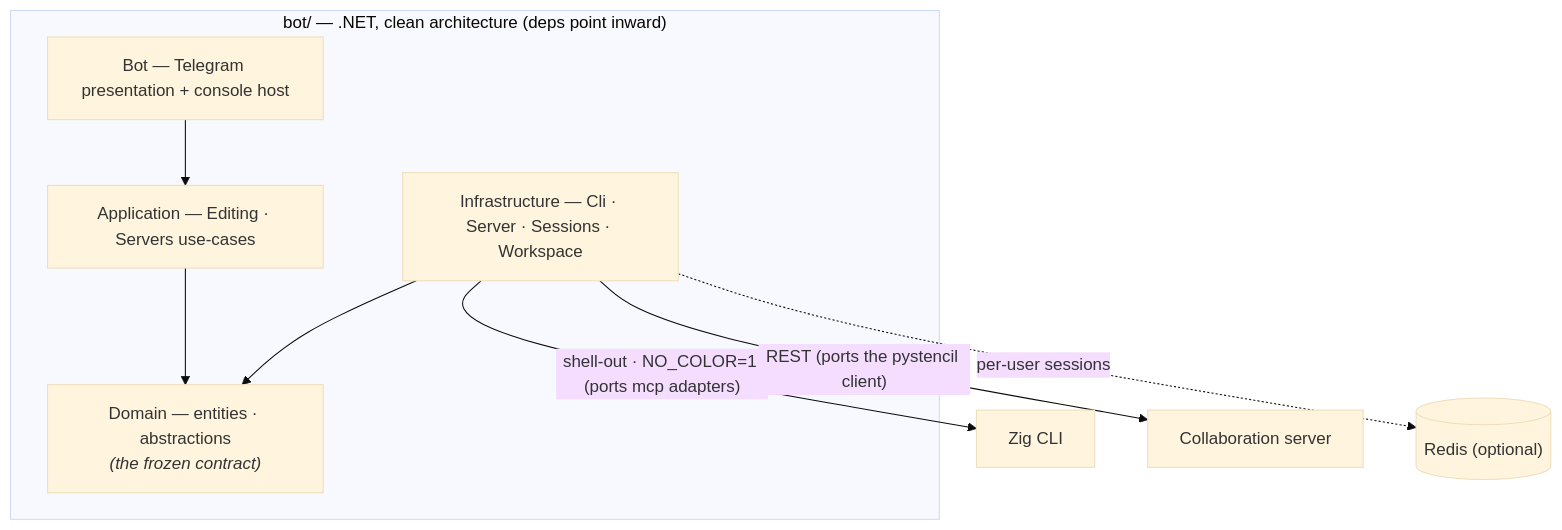
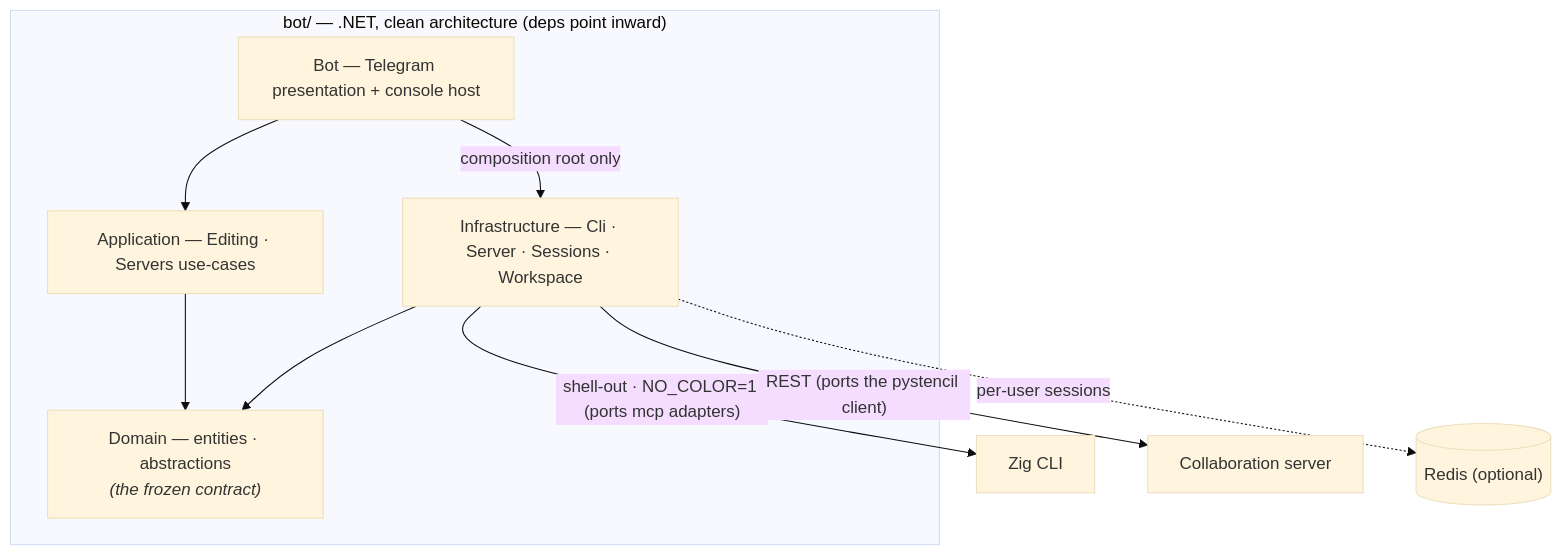
One commit to andrew1407/stencil changed the diagram in bot/README.md. Above: the diagram before and after it, drawn with Mermaid (base theme). The commit also changed other lines of this file and 3128 other files, not shown here.

````diff
--- a/bot/README.md
+++ b/bot/README.md
@@ -68,19 +73,20 @@
 ```mermaid
 graph TD
     subgraph BOT["bot/ — .NET, clean architecture (deps point inward)"]
       PRES["Bot — Telegram presentation + console host"]
       APP["Application — Editing · Servers use-cases"]
       INFRA["Infrastructure — Cli · Server · Sessions · Workspace"]
       DOMAIN["Domain — entities · abstractions<br/><i>(the frozen contract)</i>"]
       PRES --> APP
+      PRES -->|"composition root only"| INFRA
       APP --> DOMAIN
       INFRA --> DOMAIN
     end
     CLI["Zig CLI"]
     SRV["Collaboration server"]
     RD[("Redis (optional)")]
 
     INFRA -->|"shell-out · NO_COLOR=1 (ports mcp adapters)"| CLI
     INFRA -->|"REST (ports the pystencil client)"| SRV
     INFRA -.->|"per-user sessions"| RD
 ```
````
